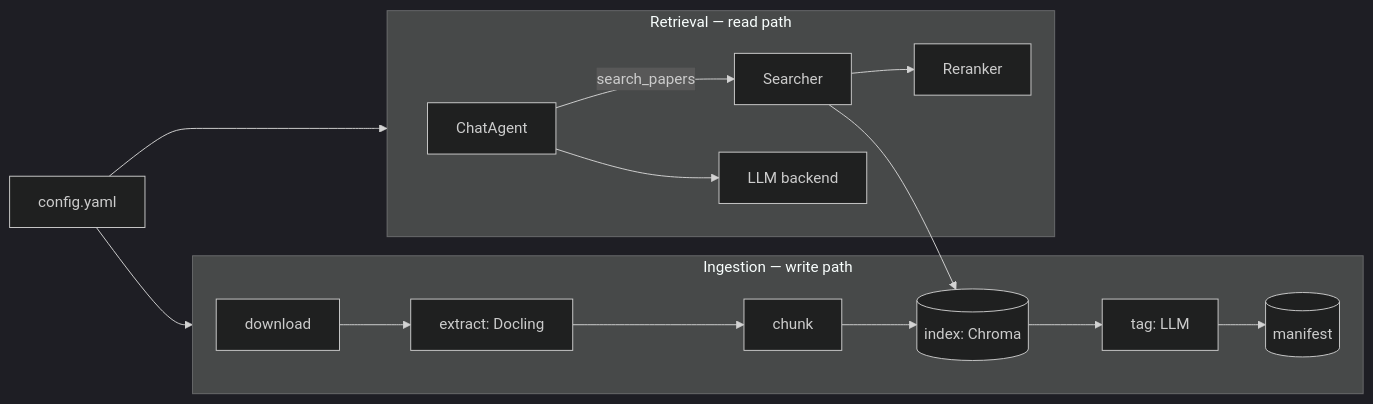
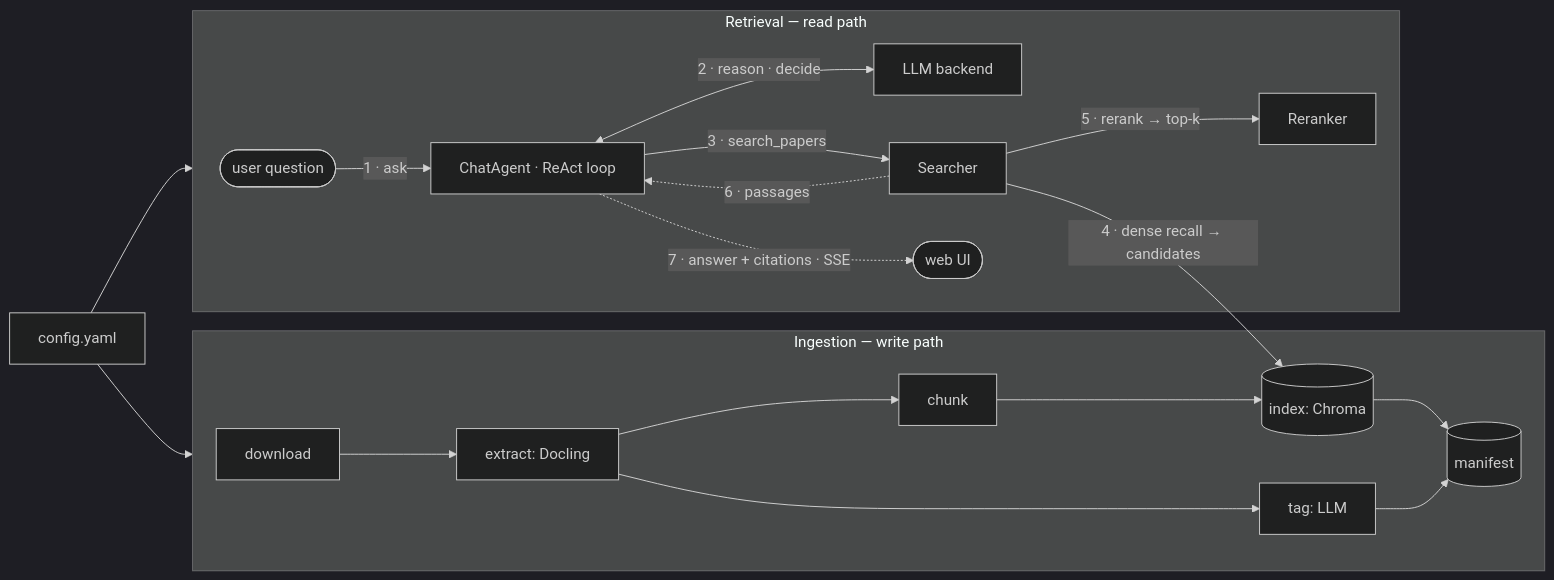
The first of 2 diagrams in docs/architecture.md (slimfrkha/PaperLens), drawn with Mermaid (dark theme) before and after one commit. The commit also changed other lines of this file and 5 other files, not shown here.

Commit message:
feat(backend): parallelize index/tag ingestion and warm chat models at startup

````diff
--- a/docs/architecture.md
+++ b/docs/architecture.md
@@ -12,14 +12,19 @@
 ```mermaid
 flowchart LR
   cfg[config.yaml] --> ing
   cfg --> srv
   subgraph ing[Ingestion — write path]
-    dl[download] --> ex[extract: Docling] --> ck[chunk] --> ix[(index: Chroma)] --> tg[tag: LLM] --> mf[(manifest)]
+    dl[download] --> ex[extract: Docling]
+    ex --> ck[chunk] --> ix[(index: Chroma)] --> mf[(manifest)]
+    ex --> tg[tag: LLM] --> mf
   end
   subgraph srv[Retrieval — read path]
-    agent[ChatAgent] -->|search_papers| searcher[Searcher]
-    searcher --> ix
-    searcher --> rr[Reranker]
-    agent --> llm[LLM backend]
+    q([user question]) -->|1 · ask| agent
+    agent[ChatAgent · ReAct loop] <-->|2 · reason · decide| llm[LLM backend]
+    agent -->|3 · search_papers| searcher[Searcher]
+    searcher -->|4 · dense recall → candidates| ix
+    searcher -->|5 · rerank → top-k| rr[Reranker]
+    searcher -.->|6 · passages| agent
+    agent -.->|7 · answer + citations · SSE| ui([web UI])
   end
 ```
````
